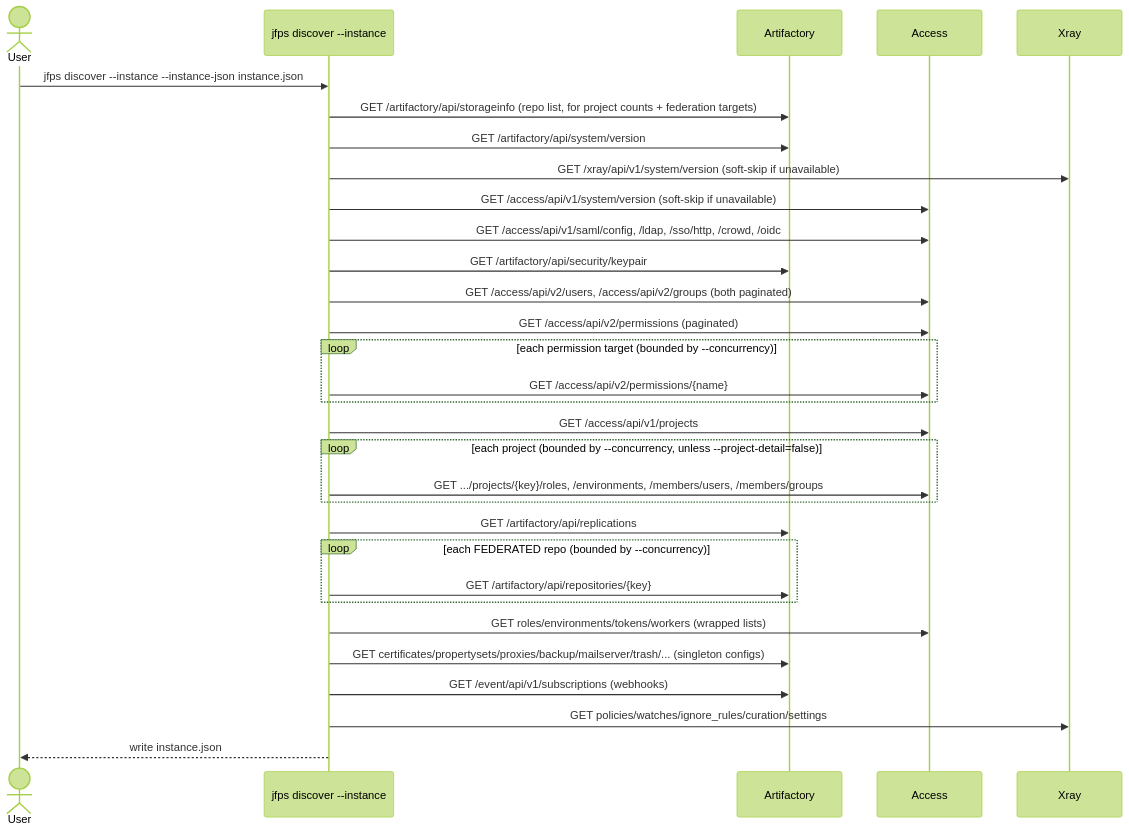
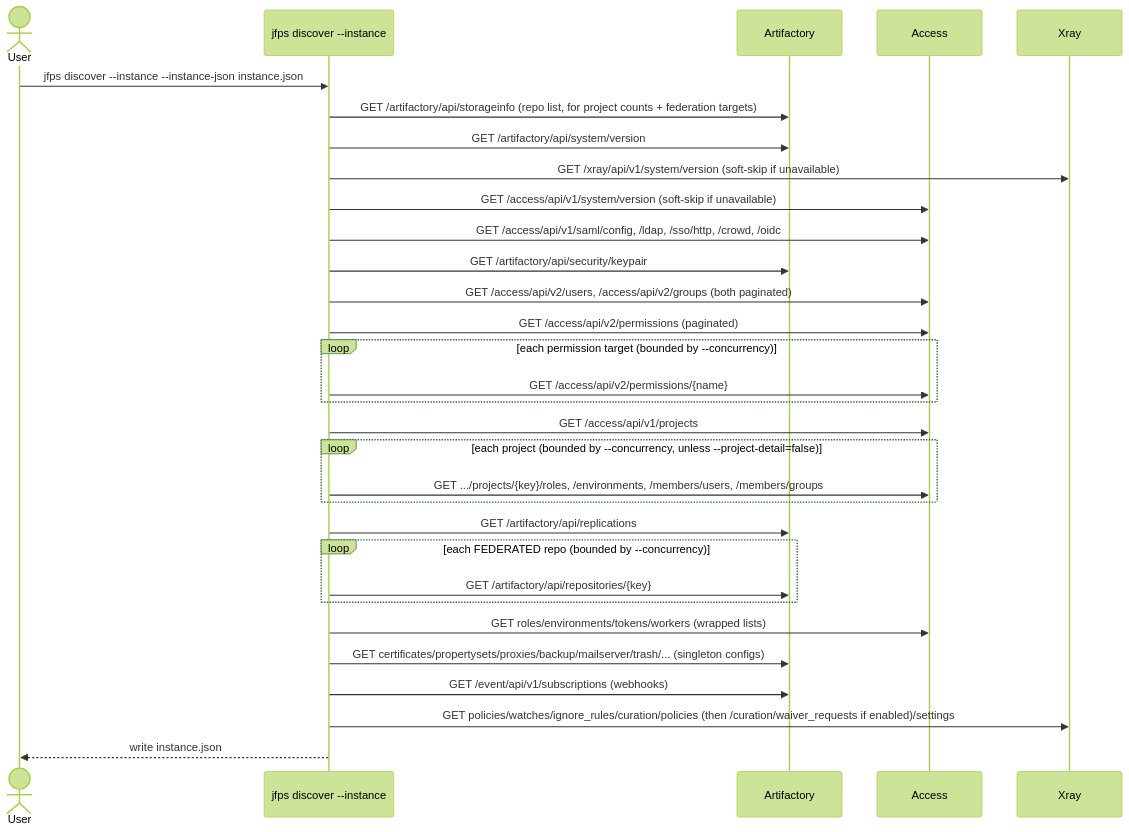
One commit to ps-jfrog/jfrog-ps-cli changed the third of 4 diagrams in docs/discover.md. Above: the diagram before and after it, drawn with Mermaid (forest theme). The commit also changed other lines of this file and 17 other files, not shown here.

````diff
--- a/docs/discover.md
+++ b/docs/discover.md
@@ -189,34 +217,34 @@
 ```mermaid
 sequenceDiagram
     actor User
     participant CLI as jfps discover --instance
     participant Art as Artifactory
     participant Acc as Access
     participant Xr as Xray
 
     User->>CLI: jfps discover --instance --instance-json instance.json
     CLI->>Art: GET /artifactory/api/storageinfo (repo list, for project counts + federation targets)
     CLI->>Art: GET /artifactory/api/system/version
     CLI->>Xr: GET /xray/api/v1/system/version (soft-skip if unavailable)
     CLI->>Acc: GET /access/api/v1/system/version (soft-skip if unavailable)
     CLI->>Acc: GET /access/api/v1/saml/config, /ldap, /sso/http, /crowd, /oidc
     CLI->>Art: GET /artifactory/api/security/keypair
     CLI->>Acc: GET /access/api/v2/users, /access/api/v2/groups (both paginated)
     CLI->>Acc: GET /access/api/v2/permissions (paginated)
     loop each permission target (bounded by --concurrency)
         CLI->>Acc: GET /access/api/v2/permissions/{name}
     end
     CLI->>Acc: GET /access/api/v1/projects
     loop each project (bounded by --concurrency, unless --project-detail=false)
         CLI->>Acc: GET .../projects/{key}/roles, /environments, /members/users, /members/groups
     end
     CLI->>Art: GET /artifactory/api/replications
     loop each FEDERATED repo (bounded by --concurrency)
         CLI->>Art: GET /artifactory/api/repositories/{key}
     end
     CLI->>Acc: GET roles/environments/tokens/workers (wrapped lists)
     CLI->>Art: GET certificates/propertysets/proxies/backup/mailserver/trash/... (singleton configs)
     CLI->>Art: GET /event/api/v1/subscriptions (webhooks)
-    CLI->>Xr: GET policies/watches/ignore_rules/curation/settings
+    CLI->>Xr: GET policies/watches/ignore_rules/curation/policies (then /curation/waiver_requests if enabled)/settings
     CLI-->>User: write instance.json
 ```
````
